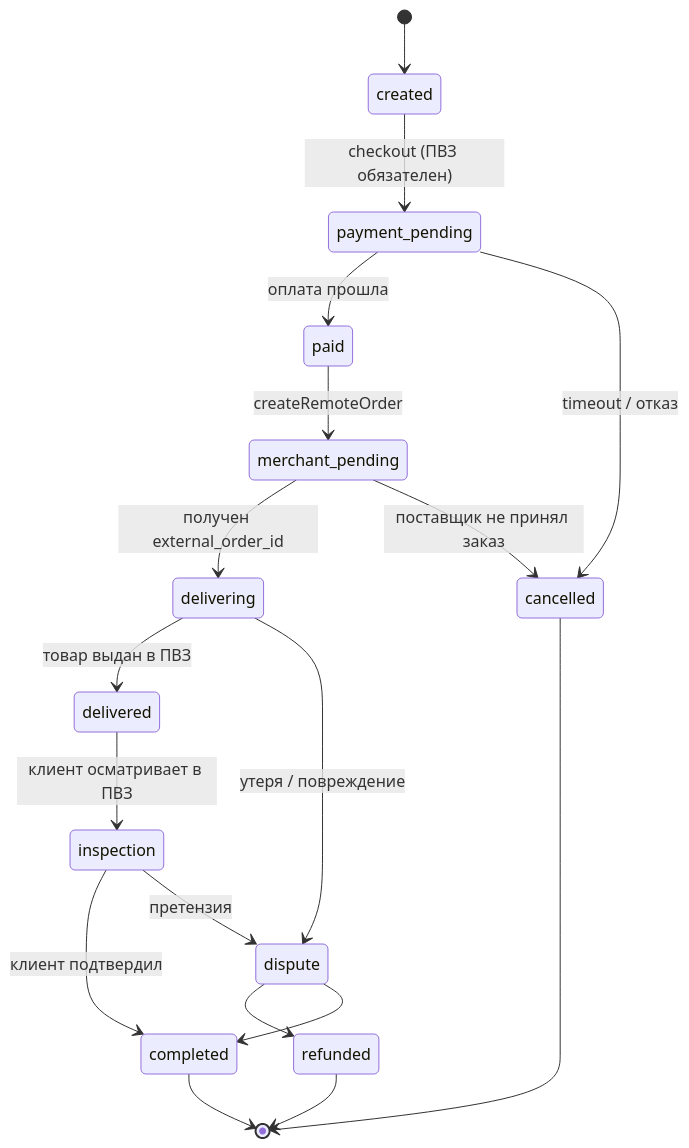
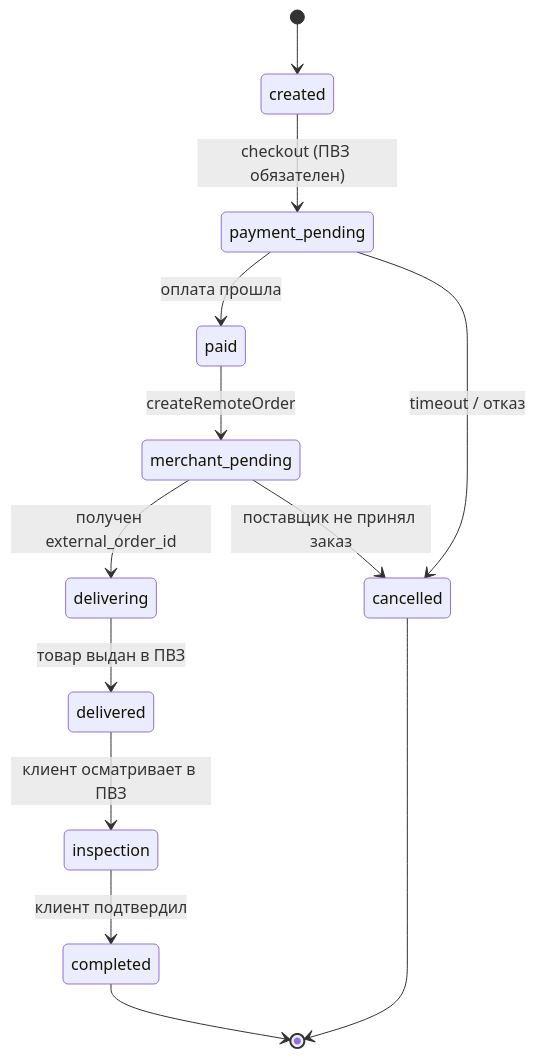
One commit to secure-deal/.github changed the fourth of 5 diagrams in plans/marketplace/marketplace-merchants-and-warehouse-network.md. Above: the diagram before and after it, drawn with Mermaid. The commit also changed other lines of this file, not shown here.

````diff
--- a/plans/marketplace/marketplace-merchants-and-warehouse-network.md
+++ b/plans/marketplace/marketplace-merchants-and-warehouse-network.md
@@ -166,20 +167,15 @@
 ```mermaid
 stateDiagram-v2
   [*] --> created
   created --> payment_pending: checkout (ПВЗ обязателен)
   payment_pending --> paid: оплата прошла
   payment_pending --> cancelled: timeout / отказ
   paid --> merchant_pending: createRemoteOrder
   merchant_pending --> delivering: получен external_order_id
   merchant_pending --> cancelled: поставщик не принял заказ
   delivering --> delivered: товар выдан в ПВЗ
-  delivering --> dispute: утеря / повреждение
   delivered --> inspection: клиент осматривает в ПВЗ
   inspection --> completed: клиент подтвердил
-  inspection --> dispute: претензия
-  dispute --> refunded
-  dispute --> completed
   completed --> [*]
-  refunded --> [*]
   cancelled --> [*]
 ```
````
